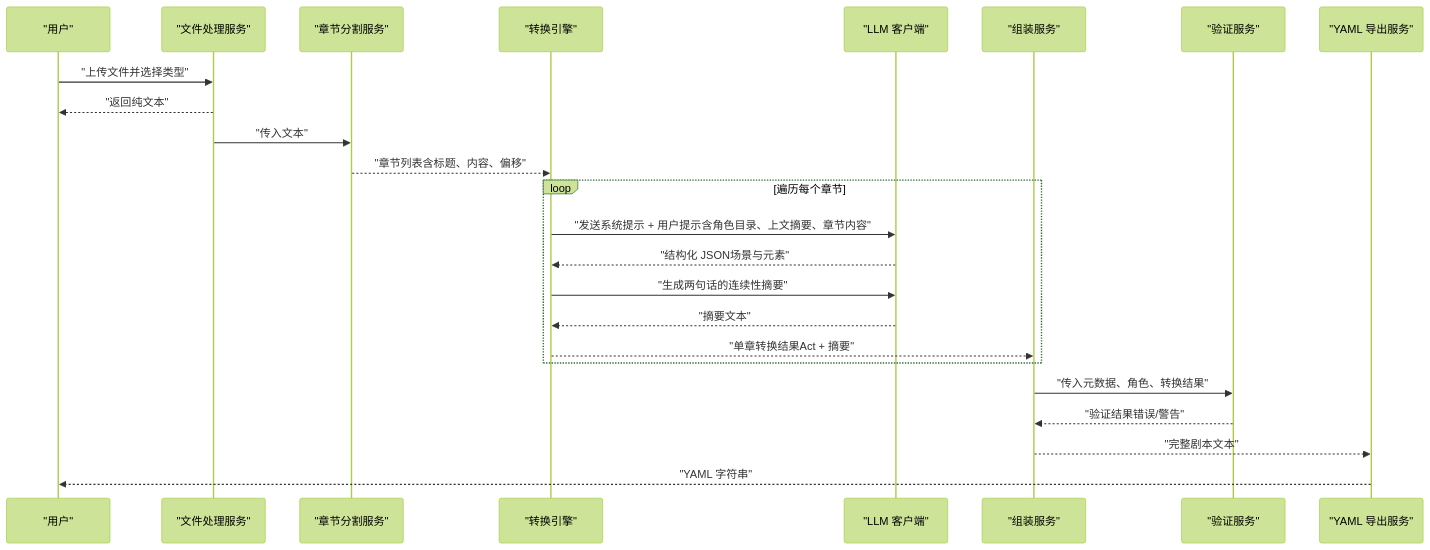
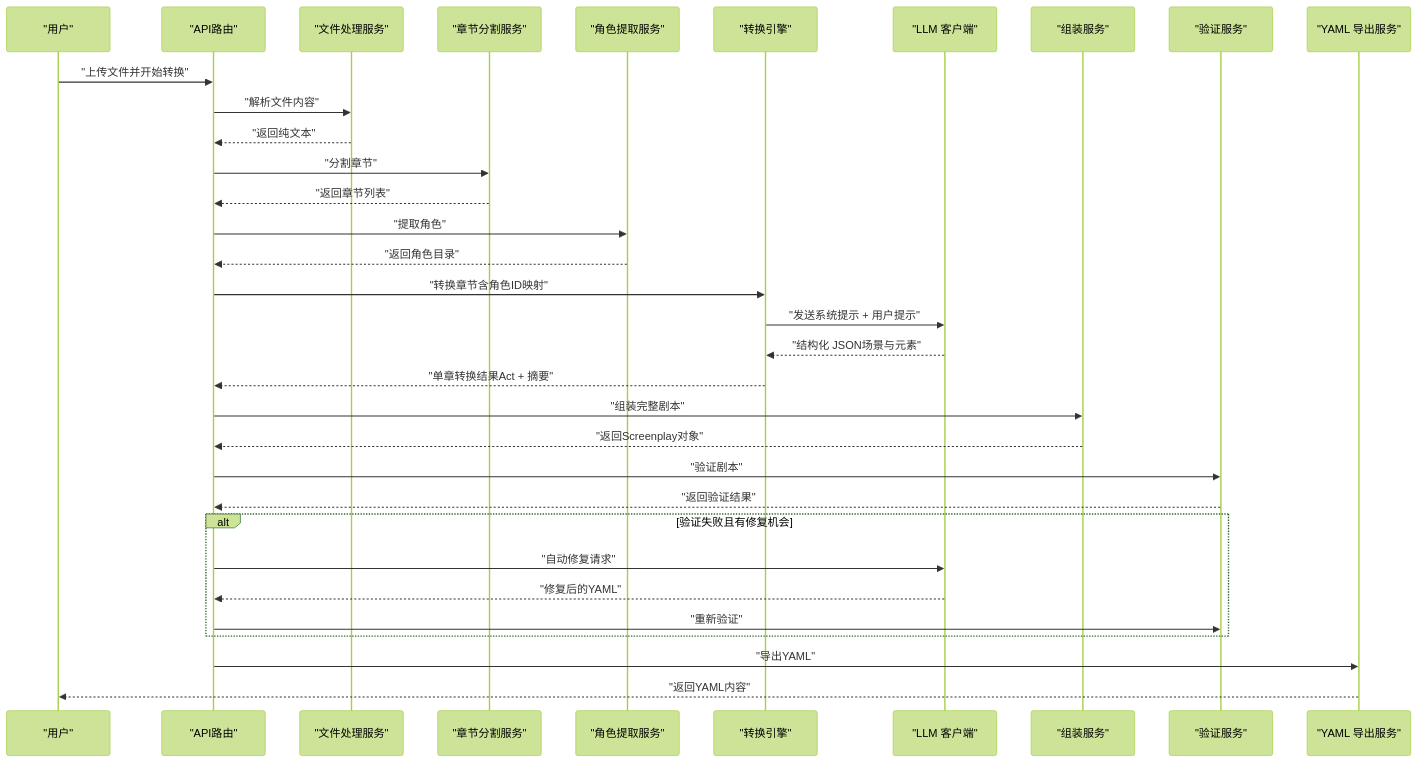
One commit to tjujingzong/Novel-to-Screenplay changed the second of 12 diagrams in .qoder/repowiki/zh/content/核心服务模块/核心服务模块.md. Above: the diagram before and after it, drawn with Mermaid (forest theme). The commit also changed other lines of this file and 6 other files, not shown here.

````diff
--- a/.qoder/repowiki/zh/content/核心服务模块/核心服务模块.md
+++ b/.qoder/repowiki/zh/content/核心服务模块/核心服务模块.md
@@ -134,26 +161,35 @@
 ```mermaid
 sequenceDiagram
 participant U as "用户"
+participant RT as "API路由"
 participant FP as "文件处理服务"
 participant CS as "章节分割服务"
+participant CE as "角色提取服务"
 participant CV as "转换引擎"
 participant LLM as "LLM 客户端"
 participant AS as "组装服务"
 participant VL as "验证服务"
 participant YE as "YAML 导出服务"
-U->>FP : "上传文件并选择类型"
-FP-->>U : "返回纯文本"
-FP->>CS : "传入文本"
-CS-->>CV : "章节列表含标题、内容、偏移"
-loop 遍历每个章节
-CV->>LLM : "发送系统提示 + 用户提示含角色目录、上文摘要、章节内容"
+U->>RT : "上传文件并开始转换"
+RT->>FP : "解析文件内容"
+FP-->>RT : "返回纯文本"
+RT->>CS : "分割章节"
+CS-->>RT : "返回章节列表"
+RT->>CE : "提取角色"
+CE-->>RT : "返回角色目录"
+RT->>CV : "转换章节含角色ID映射"
+CV->>LLM : "发送系统提示 + 用户提示"
 LLM-->>CV : "结构化 JSON场景与元素"
-CV->>LLM : "生成两句话的连续性摘要"
-LLM-->>CV : "摘要文本"
-CV-->>AS : "单章转换结果Act + 摘要"
+CV-->>RT : "单章转换结果Act + 摘要"
+RT->>AS : "组装完整剧本"
+AS-->>RT : "返回Screenplay对象"
+RT->>VL : "验证剧本"
+VL-->>RT : "返回验证结果"
+alt 验证失败且有修复机会
+RT->>LLM : "自动修复请求"
+LLM-->>RT : "修复后的YAML"
+RT->>VL : "重新验证"
 end
-AS->>VL : "传入元数据、角色、转换结果"
-VL-->>AS : "验证结果错误/警告"
-AS-->>YE : "完整剧本文本"
-YE-->>U : "YAML 字符串"
+RT->>YE : "导出YAML"
+YE-->>U : "返回YAML内容"
 ```
````
